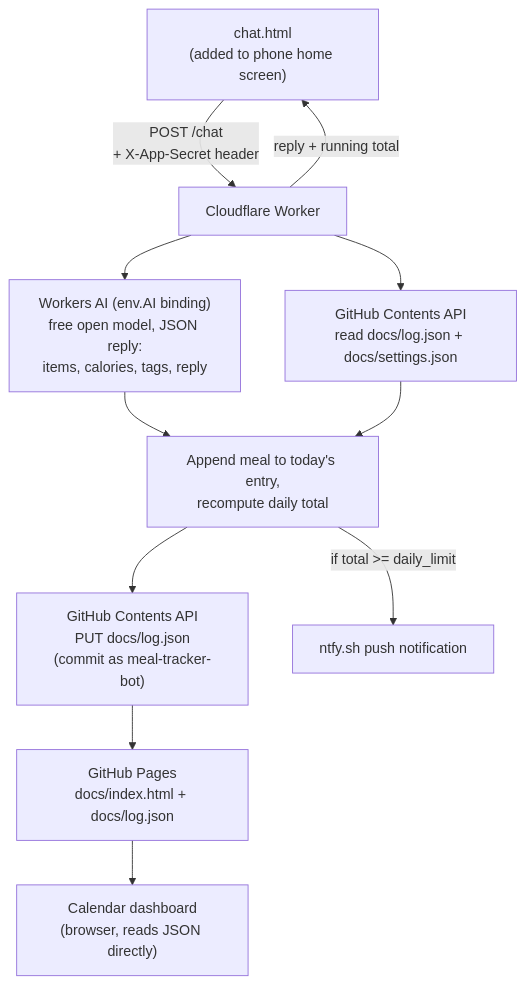
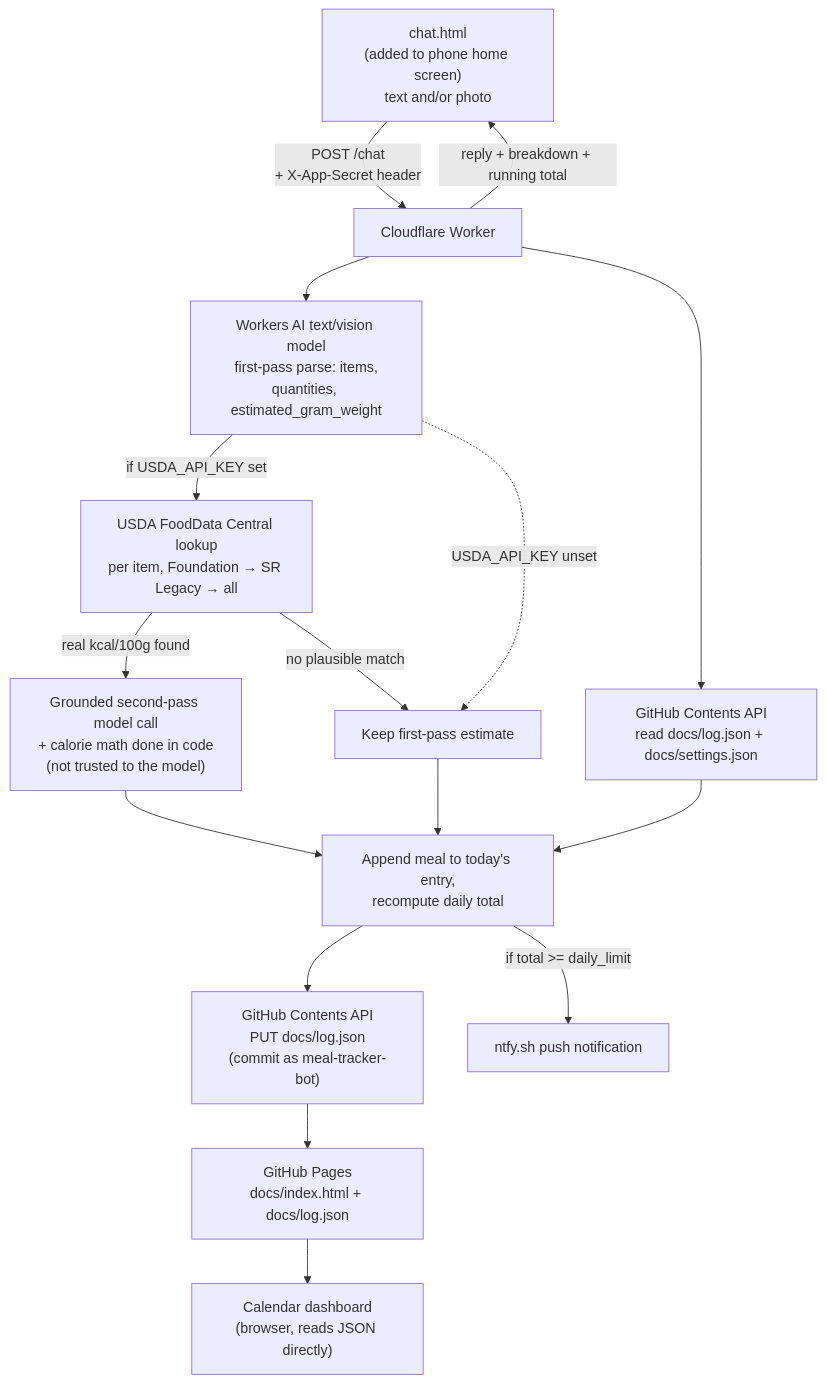
Before and after one commit to apineschi/meal-tracker: the diagram in ARCHITECTURE.md, drawn with Mermaid. The commit also changed other lines of this file and 3 other files, not shown here.

````diff
--- a/ARCHITECTURE.md
+++ b/ARCHITECTURE.md
@@ -33,13 +34,19 @@
 ```mermaid
 flowchart TD
-    A["chat.html\n(added to phone home screen)"] -->|"POST /chat\n+ X-App-Secret header"| B["Cloudflare Worker"]
-    B --> C["Workers AI (env.AI binding)\nfree open model, JSON reply:\nitems, calories, tags, reply"]
+    A["chat.html\n(added to phone home screen)\ntext and/or photo"] -->|"POST /chat\n+ X-App-Secret header"| B["Cloudflare Worker"]
+    B --> C1["Workers AI text/vision model\nfirst-pass parse: items,\nquantities, estimated_gram_weight"]
+    C1 -->|"if USDA_API_KEY set"| C2["USDA FoodData Central lookup\nper item, Foundation → SR Legacy → all"]
+    C2 -->|"real kcal/100g found"| C3["Grounded second-pass model call\n+ calorie math done in code\n(not trusted to the model)"]
+    C2 -->|"no plausible match"| C4["Keep first-pass estimate"]
+    C1 -.->|"USDA_API_KEY unset"| C4
+    C3 --> E
+    C4 --> E
     B --> D["GitHub Contents API\nread docs/log.json + docs/settings.json"]
-    C --> E["Append meal to today's entry,\nrecompute daily total"]
+    E["Append meal to today's entry,\nrecompute daily total"]
     D --> E
     E --> F["GitHub Contents API\nPUT docs/log.json\n(commit as meal-tracker-bot)"]
     E -->|"if total >= daily_limit"| G["ntfy.sh push notification"]
     F --> H["GitHub Pages\ndocs/index.html + docs/log.json"]
     H --> I["Calendar dashboard\n(browser, reads JSON directly)"]
-    B -->|"reply + running total"| A
+    B -->|"reply + breakdown + running total"| A
 ```
````
